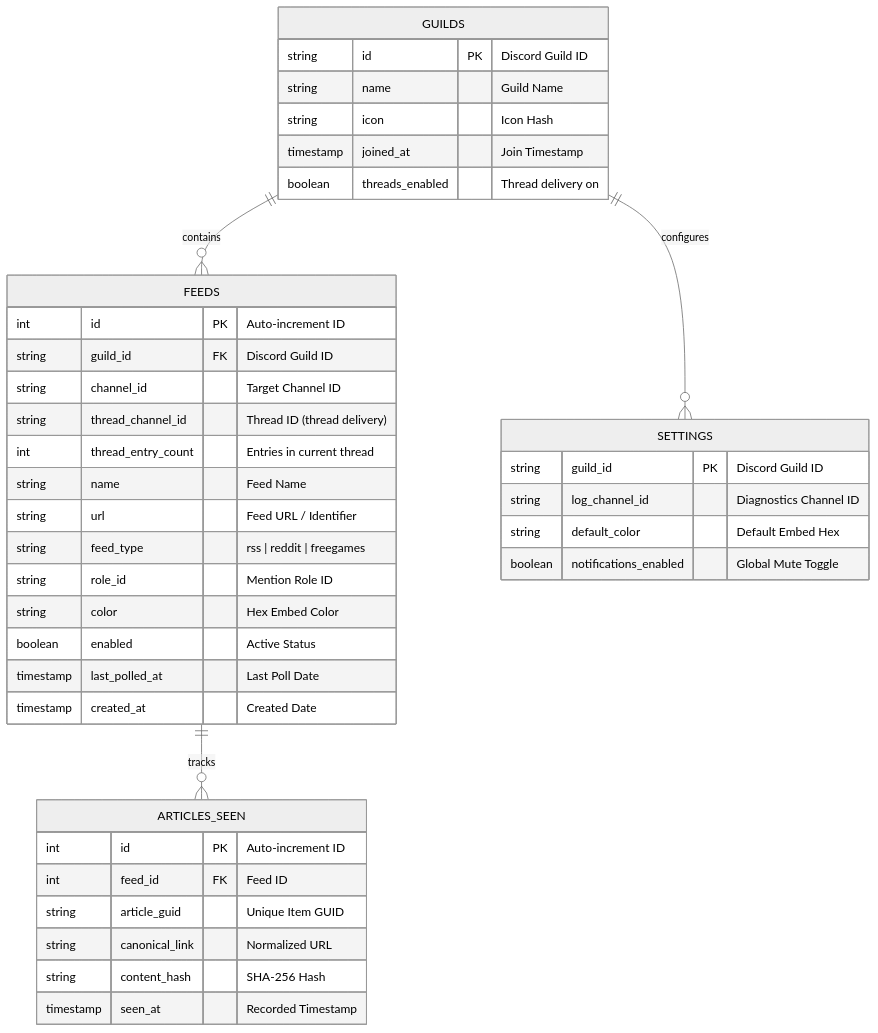
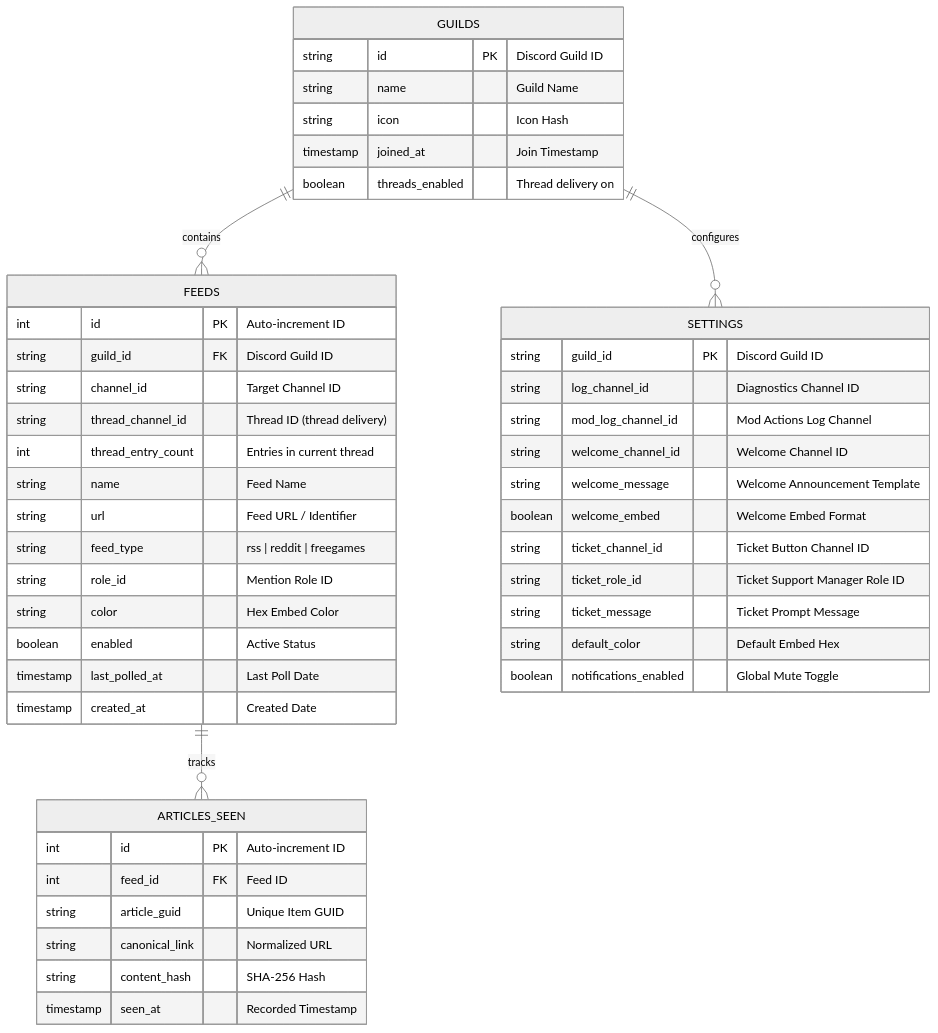
Before and after one commit to HELIX-Origin/HELIX-Discord-Bot: the second of 2 diagrams in wiki/Architecture-and-Design.md, drawn with Mermaid (neutral theme). The commit also changed other lines of this file and 14 other files, not shown here.

````diff
--- a/wiki/Architecture-and-Design.md
+++ b/wiki/Architecture-and-Design.md
@@ -82,46 +84,53 @@
 ```mermaid
 erDiagram
     GUILDS ||--o{ FEEDS : contains
     FEEDS ||--o{ ARTICLES_SEEN : tracks
     GUILDS ||--o{ SETTINGS : configures
 
     GUILDS {
         string id PK "Discord Guild ID"
         string name "Guild Name"
         string icon "Icon Hash"
         timestamp joined_at "Join Timestamp"
         boolean threads_enabled "Thread delivery on"
     }
 
     FEEDS {
         int id PK "Auto-increment ID"
         string guild_id FK "Discord Guild ID"
         string channel_id "Target Channel ID"
         string thread_channel_id "Thread ID (thread delivery)"
         int thread_entry_count "Entries in current thread"
         string name "Feed Name"
         string url "Feed URL / Identifier"
         string feed_type "rss | reddit | freegames"
         string role_id "Mention Role ID"
         string color "Hex Embed Color"
         boolean enabled "Active Status"
         timestamp last_polled_at "Last Poll Date"
         timestamp created_at "Created Date"
     }
 
     ARTICLES_SEEN {
         int id PK "Auto-increment ID"
         int feed_id FK "Feed ID"
         string article_guid "Unique Item GUID"
         string canonical_link "Normalized URL"
         string content_hash "SHA-256 Hash"
         timestamp seen_at "Recorded Timestamp"
     }
 
     SETTINGS {
         string guild_id PK "Discord Guild ID"
         string log_channel_id "Diagnostics Channel ID"
+        string mod_log_channel_id "Mod Actions Log Channel"
+        string welcome_channel_id "Welcome Channel ID"
+        string welcome_message "Welcome Announcement Template"
+        boolean welcome_embed "Welcome Embed Format"
+        string ticket_channel_id "Ticket Button Channel ID"
+        string ticket_role_id "Ticket Support Manager Role ID"
+        string ticket_message "Ticket Prompt Message"
         string default_color "Default Embed Hex"
         boolean notifications_enabled "Global Mute Toggle"
     }
 ```
````
